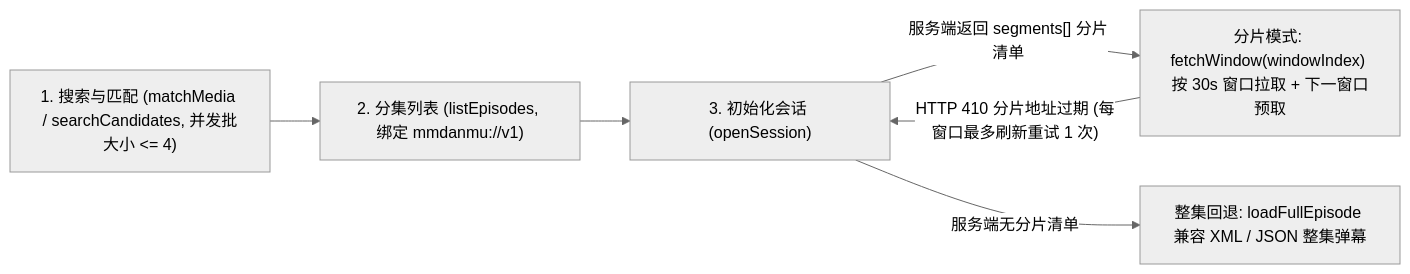
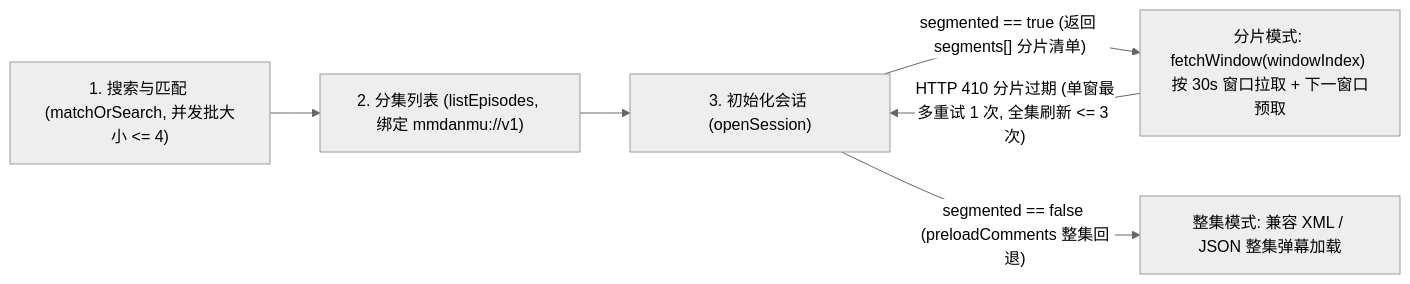
Before and after one commit to Hululu007/MarcoMovie: the diagram in shared/ui-spec/danmu-segment-protocol.md, drawn with Mermaid (neutral theme). The commit also changed other lines of this file and 8 other files, not shown here.

````diff
--- a/shared/ui-spec/danmu-segment-protocol.md
+++ b/shared/ui-spec/danmu-segment-protocol.md
@@ -35,8 +38,8 @@
 ```mermaid
 flowchart LR
-    S1["1. 搜索与匹配 (matchMedia / searchCandidates, 并发批大小 <= 4)"] --> S2["2. 分集列表 (listEpisodes, 绑定 mmdanmu://v1)"]
+    S1["1. 搜索与匹配 (matchOrSearch, 并发批大小 <= 4)"] --> S2["2. 分集列表 (listEpisodes, 绑定 mmdanmu://v1)"]
     S2 --> S3["3. 初始化会话 (openSession)"]
-    S3 -->|"服务端返回 segments[] 分片清单"| M_SEG["分片模式: fetchWindow(windowIndex) 按 30s 窗口拉取 + 下一窗口预取"]
-    S3 -->|"服务端无分片清单"| M_FULL["整集回退: loadFullEpisode 兼容 XML / JSON 整集弹幕"]
-    M_SEG -->|"HTTP 410 分片地址过期 (每窗口最多刷新重试 1 次)"| S3
+    S3 -->|"segmented == true (返回 segments[] 分片清单)"| M_SEG["分片模式: fetchWindow(windowIndex) 按 30s 窗口拉取 + 下一窗口预取"]
+    S3 -->|"segmented == false (preloadComments 整集回退)"| M_FULL["整集模式: 兼容 XML / JSON 整集弹幕加载"]
+    M_SEG -->|"HTTP 410 分片过期 (单窗最多重试 1 次, 全集刷新 <= 3 次)"| S3
 ```
````
